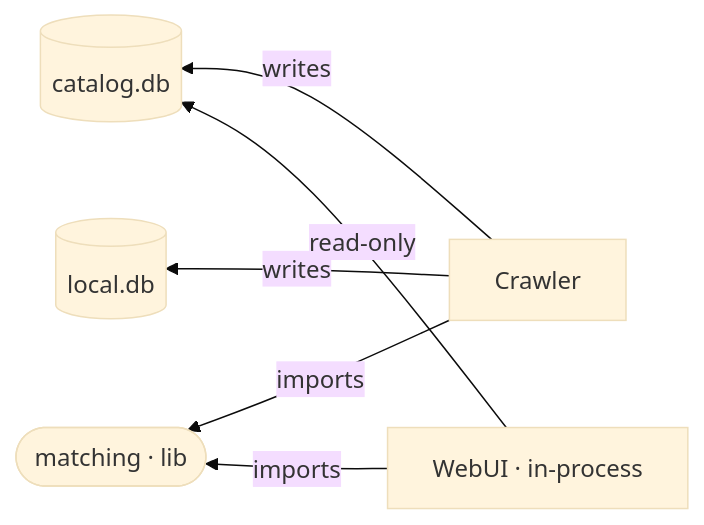
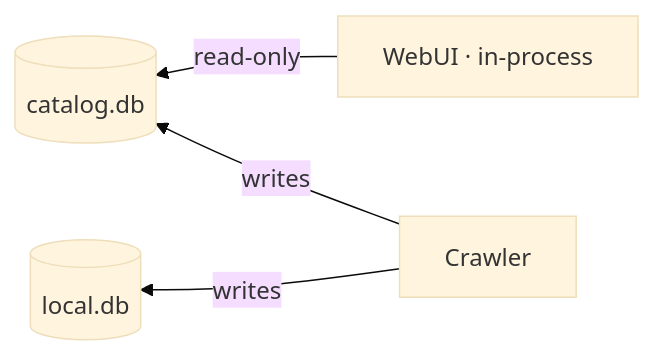
The second of 12 diagrams in docs/contributing/architecture.md (mission-titar/p2pwatch), drawn with Mermaid (base theme) before and after one commit. The commit also changed other lines of this file and 136 other files, not shown here.

````diff
--- a/docs/contributing/architecture.md
+++ b/docs/contributing/architecture.md
@@ -90,14 +89,11 @@
 ```mermaid
 flowchart RL
   crawler["Crawler"]
   webui["WebUI · in-process"]
   catalog[("catalog.db")]
   local[("local.db")]
-  matching(["matching · lib"])
 
   crawler -->|writes| catalog
   crawler -->|writes| local
-  crawler -->|imports| matching
   webui -->|"read-only"| catalog
-  webui -->|imports| matching
 ```
````
